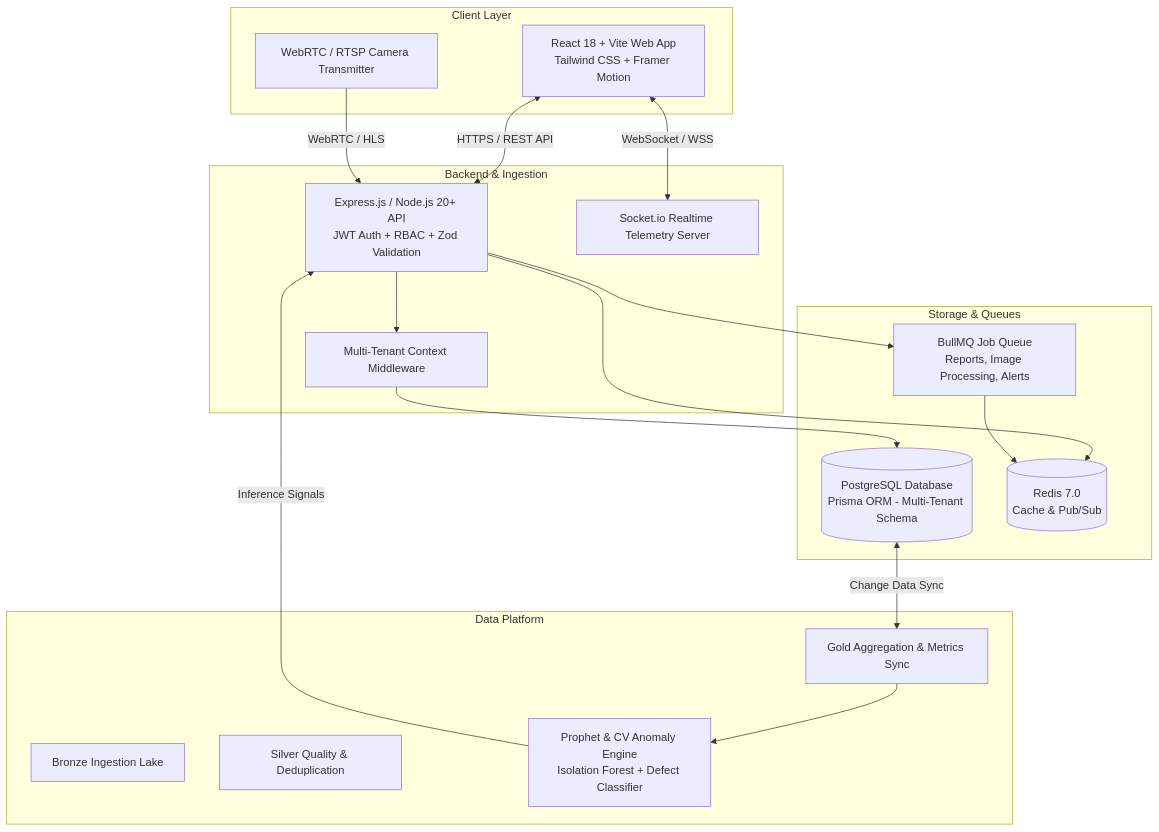
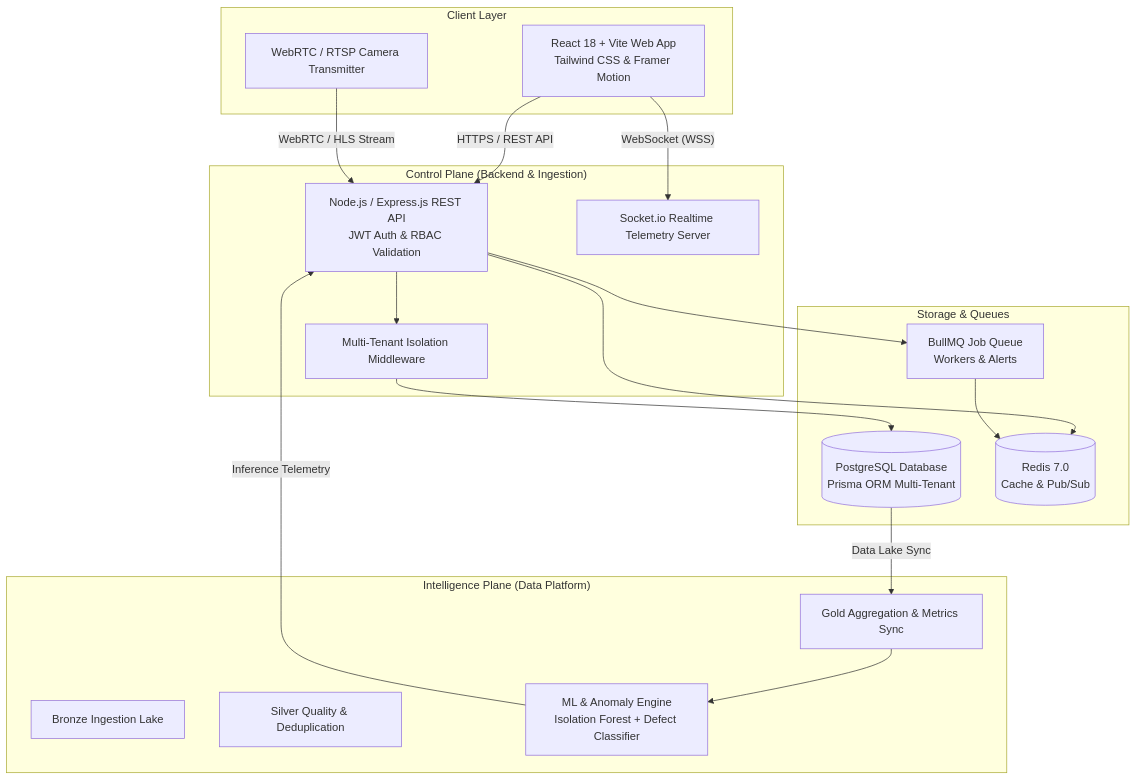
One commit to Abhiiesante/InfraWatch changed the diagram in README.md. Above: the diagram before and after it, drawn with Mermaid.

Commit message:
docs: fix Mermaid diagram syntax and subgraph IDs for GitHub rich rendering

````diff
--- a/README.md
+++ b/README.md
@@ -30,38 +30,38 @@
 ```mermaid
-graph TB
-    subgraph Client Layer
-        UI[React 18 + Vite Web App<br/>Tailwind CSS + Framer Motion]
-        CamTx[WebRTC / RTSP Camera Transmitter]
+flowchart TD
+    subgraph ClientLayer ["Client Layer"]
+        UI["React 18 + Vite Web App<br/>Tailwind CSS & Framer Motion"]
+        CamTx["WebRTC / RTSP Camera Transmitter"]
     end
 
-    subgraph Control Plane [Backend & Ingestion]
-        API[Express.js / Node.js 20+ API<br/>JWT Auth + RBAC + Zod Validation]
-        SocketIO[Socket.io Realtime Telemetry Server]
-        AuthMW[Multi-Tenant Context Middleware]
+    subgraph ControlPlane ["Control Plane (Backend & Ingestion)"]
+        API["Node.js / Express.js REST API<br/>JWT Auth & RBAC Validation"]
+        SocketIO["Socket.io Realtime Telemetry Server"]
+        AuthMW["Multi-Tenant Isolation Middleware"]
     end
 
-    subgraph Storage & Queues
-        PG[(PostgreSQL Database<br/>Prisma ORM - Multi-Tenant Schema)]
-        Redis[(Redis 7.0<br/>Cache & Pub/Sub)]
-        BullMQ[BullMQ Job Queue<br/>Reports, Image Processing, Alerts]
+    subgraph StorageQueues ["Storage & Queues"]
+        PG[("PostgreSQL Database<br/>Prisma ORM Multi-Tenant")]
+        Redis[("Redis 7.0<br/>Cache & Pub/Sub")]
+        BullMQ["BullMQ Job Queue<br/>Workers & Alerts"]
     end
 
-    subgraph Intelligence Plane [Data Platform]
-        Bronze[Bronze Ingestion Lake]
-        Silver[Silver Quality & Deduplication]
-        Gold[Gold Aggregation & Metrics Sync]
-        ML[Prophet & CV Anomaly Engine<br/>Isolation Forest + Defect Classifier]
+    subgraph IntelligencePlane ["Intelligence Plane (Data Platform)"]
+        Bronze["Bronze Ingestion Lake"]
+        Silver["Silver Quality & Deduplication"]
+        Gold["Gold Aggregation & Metrics Sync"]
+        ML["ML & Anomaly Engine<br/>Isolation Forest + Defect Classifier"]
     end
 
-    UI <-->|HTTPS / REST API| API
-    UI <-->|WebSocket / WSS| SocketIO
-    CamTx -->|WebRTC / HLS| API
+    UI -->|"HTTPS / REST API"| API
+    UI -->|"WebSocket (WSS)"| SocketIO
+    CamTx -->|"WebRTC / HLS Stream"| API
     API --> AuthMW
     AuthMW --> PG
     API --> Redis
     API --> BullMQ
     BullMQ --> Redis
-    PG <-->|Change Data Sync| Gold
+    PG -->|"Data Lake Sync"| Gold
     Gold --> ML
-    ML -->|Inference Signals| API
+    ML -->|"Inference Telemetry"| API
 ```
````
